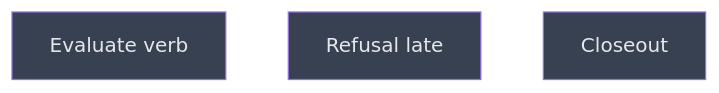
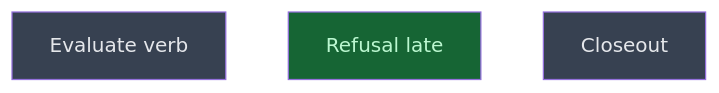
The diagram in __roadmap__/m3-lean-cli/verbs/surfaces/README.md (CrackingShells/Candler), drawn with Mermaid before and after one commit. The commit also changed other lines of this file, not shown here.

Commit message:
rdm(cli): mark refusal_late done

````diff
--- a/__roadmap__/m3-lean-cli/verbs/surfaces/README.md
+++ b/__roadmap__/m3-lean-cli/verbs/surfaces/README.md
@@ -26,11 +26,11 @@
 ```mermaid
 graph TD
     evaluate_verb[Evaluate verb]:::planned
-    refusal_late[Refusal late]:::planned
+    refusal_late[Refusal late]:::done
     closeout[Closeout]:::planned
     classDef done       fill:#166534,color:#bbf7d0
     classDef inprogress fill:#854d0e,color:#fef08a
     classDef planned    fill:#374151,color:#e5e7eb
     classDef amendment  fill:#1e3a5f,color:#bfdbfe
     classDef blocked    fill:#7f1d1d,color:#fecaca
 ```
````
